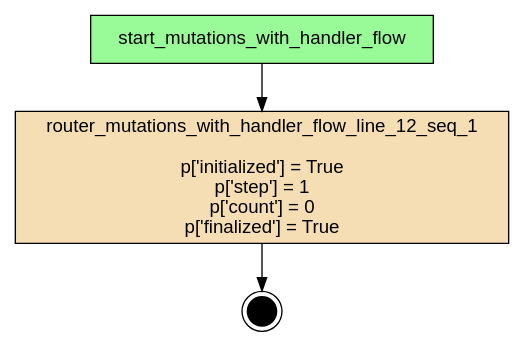
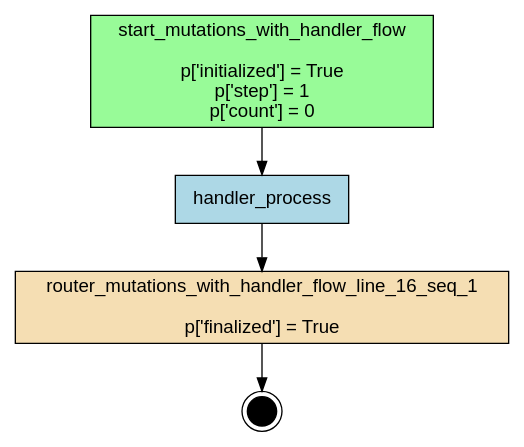
The diagram in examples/flows/compiled/mutations_with_handler/flow.dot (deliveryhero/asya), drawn with Graphviz before and after one commit. The commit also changed 625 other files, not shown here.

```diff
--- a/examples/flows/compiled/mutations_with_handler/flow.dot
+++ b/examples/flows/compiled/mutations_with_handler/flow.dot
@@ -1,14 +1,16 @@
 digraph "mutations_with_handler_flow" {
     rankdir=TB;
     node [shape=box, style=filled, fontname="Helvetica"];
 
     { rank=source; start_mutations_with_handler_flow; }
 
-    router_mutations_with_handler_flow_line_12_seq_1 [label="router_mutations_with_handler_flow_line_12_seq_1\n\np['initialized'] = True\np['step'] = 1\np['count'] = 0\np['finalized'] = True", fillcolor=wheat];
-    start_mutations_with_handler_flow [label="start_mutations_with_handler_flow", fillcolor=palegreen];
+    handler_process [label="handler_process", fillcolor=lightblue];
+    router_mutations_with_handler_flow_line_16_seq_1 [label="router_mutations_with_handler_flow_line_16_seq_1\n\np['finalized'] = True", fillcolor=wheat];
+    start_mutations_with_handler_flow [label="start_mutations_with_handler_flow\n\np['initialized'] = True\np['step'] = 1\np['count'] = 0", fillcolor=palegreen];
 
     __end__ [label="", shape=doublecircle, fillcolor=black, width=0.3, fixedsize=true];
 
-    start_mutations_with_handler_flow -> router_mutations_with_handler_flow_line_12_seq_1;
-    router_mutations_with_handler_flow_line_12_seq_1 -> __end__;
+    start_mutations_with_handler_flow -> handler_process;
+    handler_process -> router_mutations_with_handler_flow_line_16_seq_1;
+    router_mutations_with_handler_flow_line_16_seq_1 -> __end__;
 }
```
